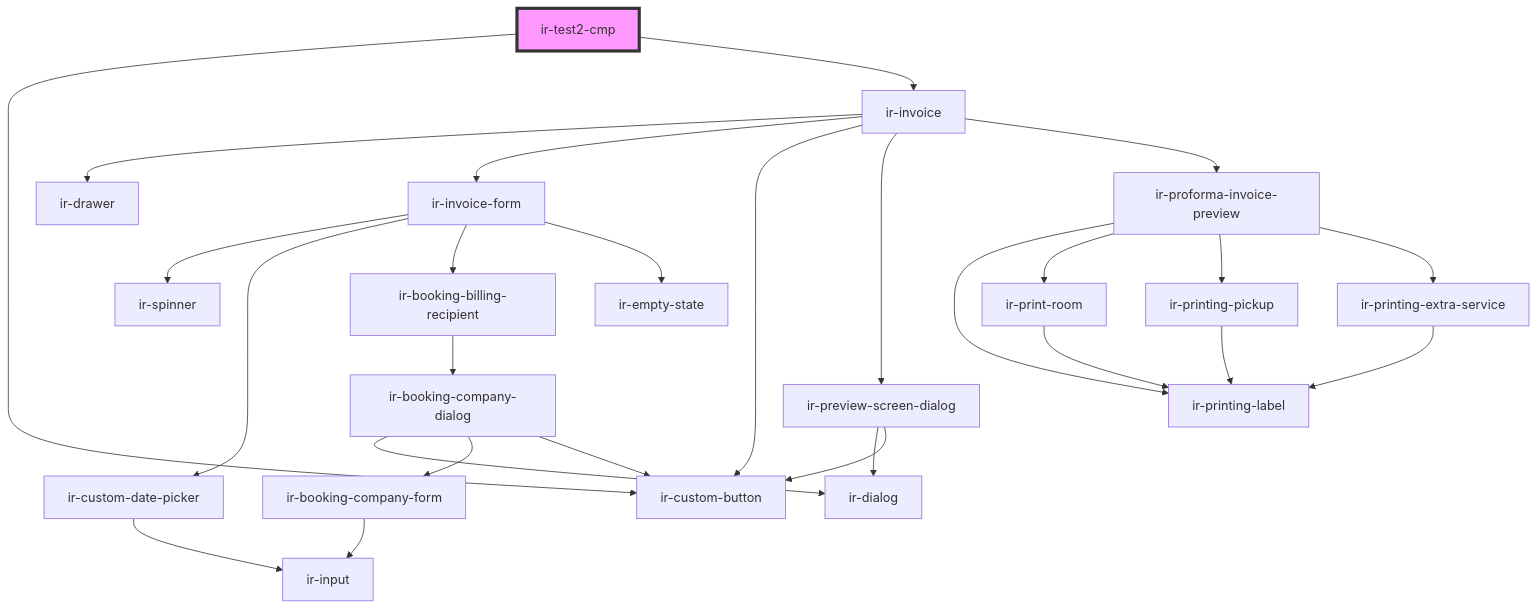
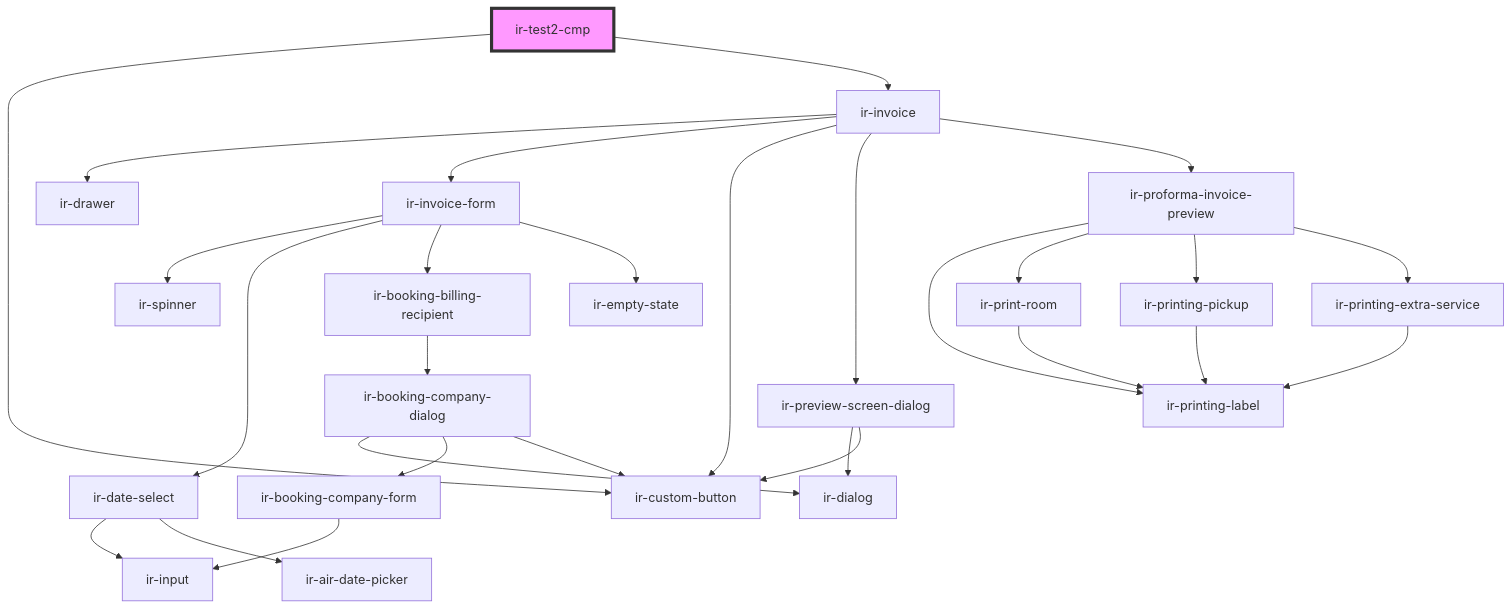
The diagram in src/components/ir-test-cmp/readme.md (RonyRizk/ir-webcmp), drawn with Mermaid before and after one commit. The commit also changed 586 other files, not shown here.

````diff
--- a/src/components/ir-test-cmp/readme.md
+++ b/src/components/ir-test-cmp/readme.md
@@ -16,30 +16,31 @@
 ```mermaid
 graph TD;
   ir-test2-cmp --> ir-custom-button
   ir-test2-cmp --> ir-invoice
   ir-invoice --> ir-drawer
   ir-invoice --> ir-invoice-form
   ir-invoice --> ir-custom-button
   ir-invoice --> ir-preview-screen-dialog
   ir-invoice --> ir-proforma-invoice-preview
   ir-invoice-form --> ir-spinner
-  ir-invoice-form --> ir-custom-date-picker
+  ir-invoice-form --> ir-date-select
   ir-invoice-form --> ir-booking-billing-recipient
   ir-invoice-form --> ir-empty-state
-  ir-custom-date-picker --> ir-input
+  ir-date-select --> ir-input
+  ir-date-select --> ir-air-date-picker
   ir-booking-billing-recipient --> ir-booking-company-dialog
   ir-booking-company-dialog --> ir-dialog
   ir-booking-company-dialog --> ir-booking-company-form
   ir-booking-company-dialog --> ir-custom-button
   ir-booking-company-form --> ir-input
   ir-preview-screen-dialog --> ir-dialog
   ir-preview-screen-dialog --> ir-custom-button
   ir-proforma-invoice-preview --> ir-printing-label
   ir-proforma-invoice-preview --> ir-print-room
   ir-proforma-invoice-preview --> ir-printing-pickup
   ir-proforma-invoice-preview --> ir-printing-extra-service
   ir-print-room --> ir-printing-label
   ir-printing-pickup --> ir-printing-label
   ir-printing-extra-service --> ir-printing-label
   style ir-test2-cmp fill:#f9f,stroke:#333,stroke-width:4px
 ```
````
